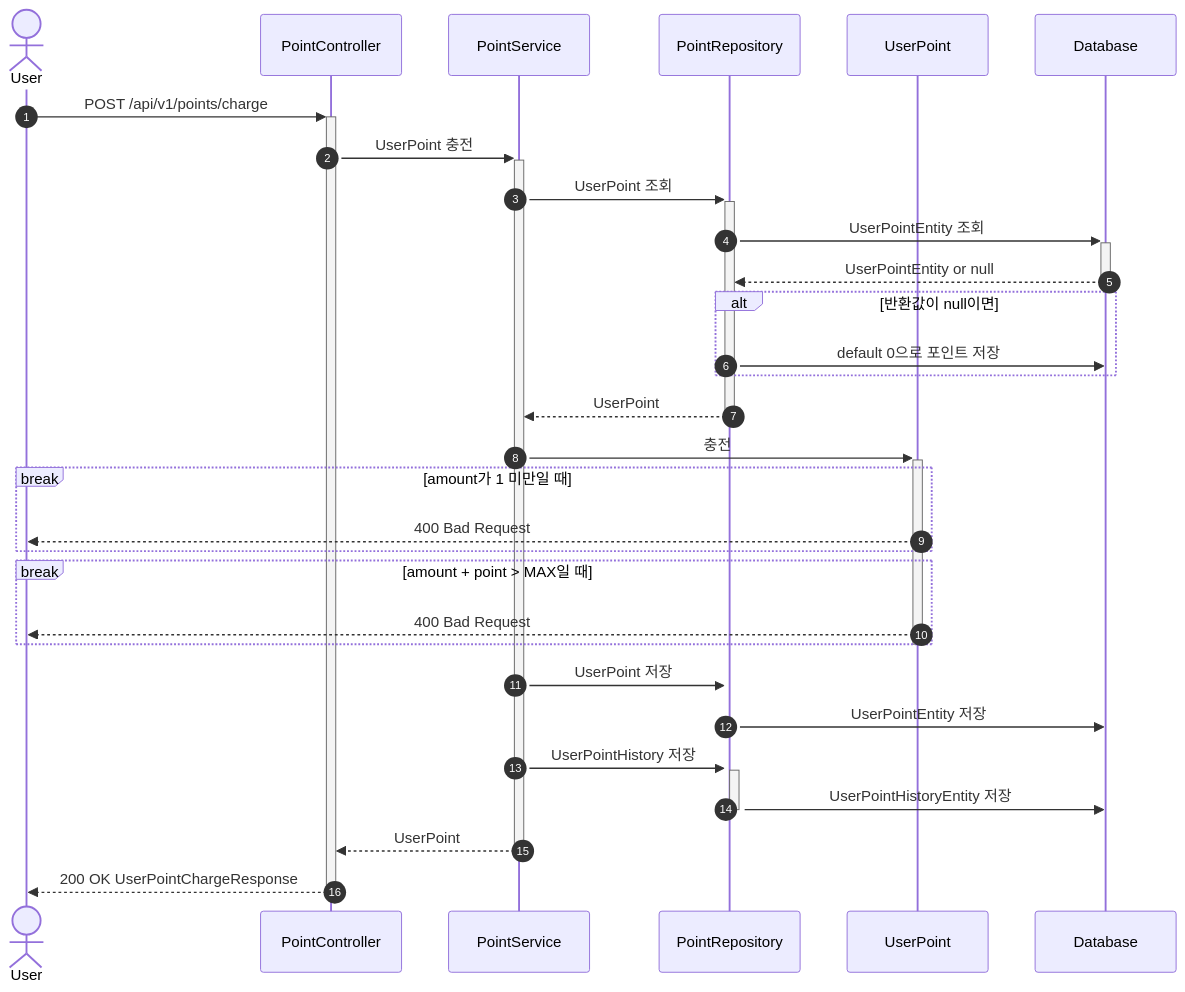
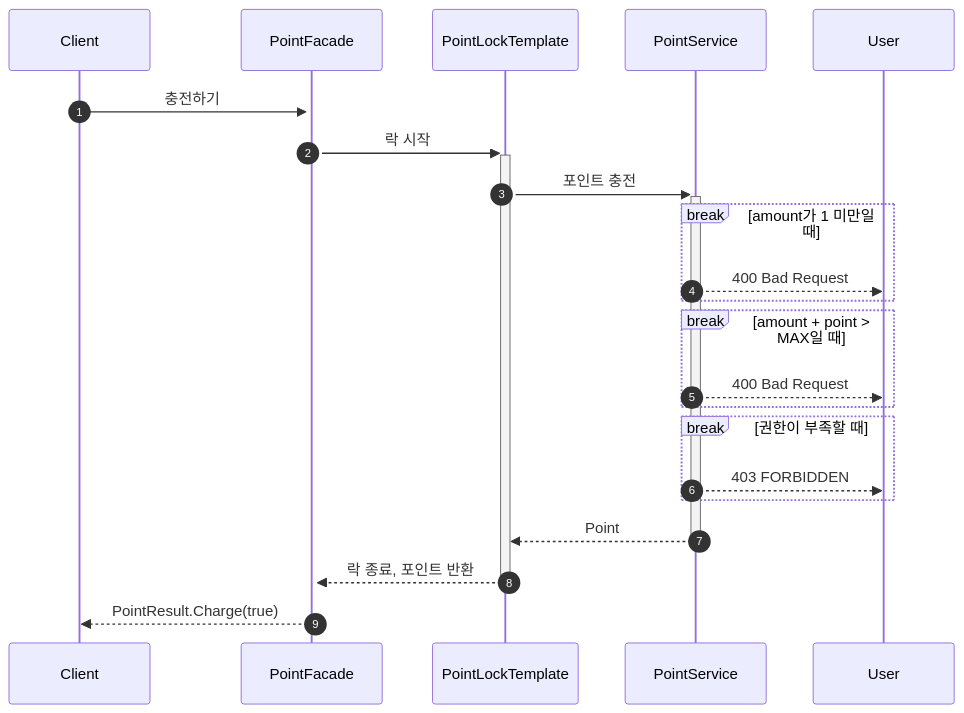
The diagram in docs/sequence/point/readme.md (jsween5723/commerce), drawn with Mermaid before and after one commit. The commit also changed other lines of this file and 3 other files, not shown here.

Commit message:
docs(sequence): 변경사항 반영

````diff
--- a/docs/sequence/point/readme.md
+++ b/docs/sequence/point/readme.md
@@ -6,34 +7,23 @@
 ```mermaid
 sequenceDiagram
     autonumber
-    actor User
-    participant PointController
+    participant Client
+    participant PointFacade
+    participant PointLockTemplate
     participant PointService
-    participant PointRepository
-    participant UserPoint
-    participant Database
-    User ->>+ PointController: POST /api/v1/points/charge
-    PointController ->>+ PointService: UserPoint 충전
-    PointService ->>+ PointRepository: UserPoint 조회
-    PointRepository ->>+ Database: UserPointEntity 조회
-    Database -->>- PointRepository: UserPointEntity or null
-    alt 반환값이 null이면
-        PointRepository ->> Database: default 0으로 포인트 저장
-    end
-    PointRepository -->>- PointService: UserPoint
-    PointService ->>+ UserPoint: 충전
+    Client ->>+ PointFacade: 충전하기
+    PointFacade ->>+ PointLockTemplate: 락 시작
+    PointLockTemplate ->>+ PointService: 포인트 충전
     break amount가 1 미만일 때
-        UserPoint -->> User: 400 Bad Request
+        PointService -->> User: 400 Bad Request
     end
     break amount + point > MAX일 때
-        UserPoint -->> User: 400 Bad Request
+        PointService -->> User: 400 Bad Request
     end
-    deactivate UserPoint
-    PointService ->>+ PointRepository: UserPoint 저장
-    PointRepository ->> Database: UserPointEntity 저장
-    PointService ->>+ PointRepository: UserPointHistory 저장
-    PointRepository ->> Database: UserPointHistoryEntity 저장
-    deactivate PointRepository
-    PointService -->>- PointController: UserPoint
-    PointController -->>- User: 200 OK UserPointChargeResponse
+    break 권한이 부족할 때
+        PointService -->> User: 403 FORBIDDEN
+    end
+    PointService -->>- PointLockTemplate: Point
+    PointLockTemplate -->>- PointFacade: 락 종료, 포인트 반환
+    PointFacade -->> Client: PointResult.Charge(true)
 ```
````
